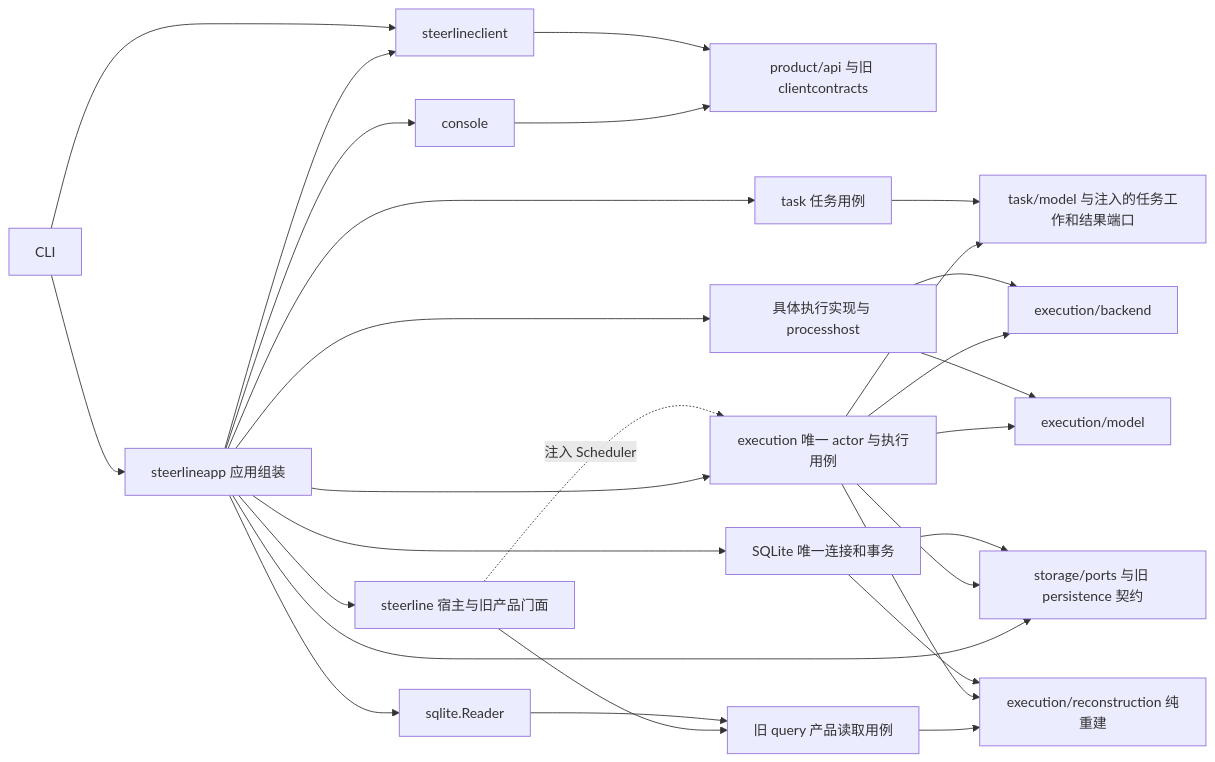
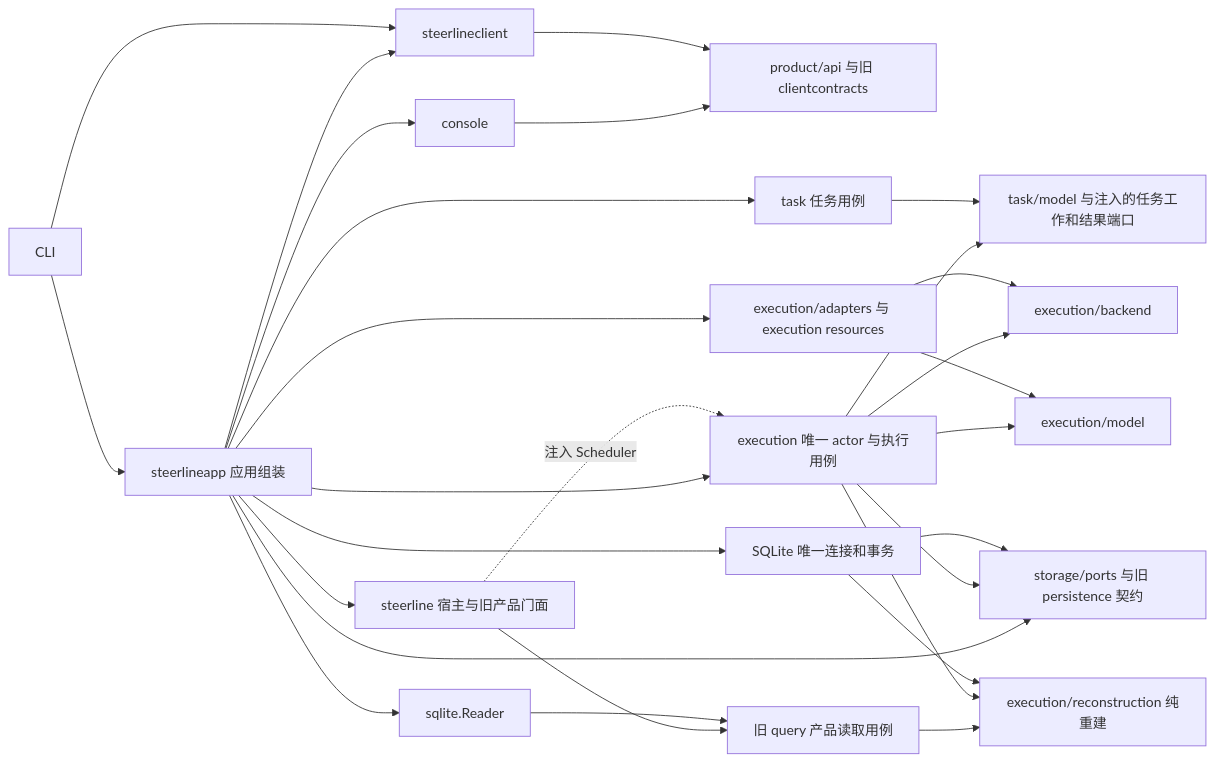
Before and after one commit to erranliu/SteerLine: the first of 2 diagrams in docs/architecture/current-code-architecture.md, drawn with Mermaid. The commit also changed other lines of this file and 397 other files, not shown here.

Commit message:
refactor: move execution adapters and resources

````diff
--- a/docs/architecture/current-code-architecture.md
+++ b/docs/architecture/current-code-architecture.md
@@ -11,30 +11,30 @@
 ```mermaid
 flowchart LR
     Entry[CLI] --> App[steerlineapp 应用组装]
     App --> UI[console]
     App --> Client[steerlineclient]
     Entry --> Client
     UI --> Product[product/api 与旧 clientcontracts]
     Client --> Product
     App --> Task[task 任务用例]
     App --> Exec[execution 唯一 actor 与执行用例]
     App --> Host[steerline 宿主与旧产品门面]
     Host -. 注入 Scheduler .-> Exec
     Exec --> Work[task/model 与注入的任务工作和结果端口]
     Task --> Work
     Exec --> Ports[execution/backend]
     Exec --> Records[execution/model]
-    App --> Impl[具体执行实现与 processhost]
+    App --> Impl[execution/adapters 与 execution resources]
     Impl --> Ports
     Impl --> Records
     App --> Persistence[storage/ports 与旧 persistence 契约]
     Exec --> Persistence
     App --> DB[SQLite 唯一连接和事务]
     DB --> Persistence
     App --> Reader[sqlite.Reader]
     Host --> Query[旧 query 产品读取用例]
     Reader --> Query
     Query --> Projection[execution/reconstruction 纯重建]
     Exec --> Projection
     DB --> Projection
 ```
````
